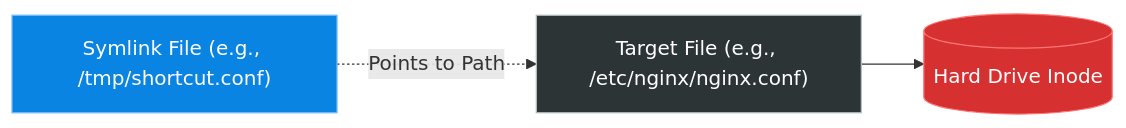
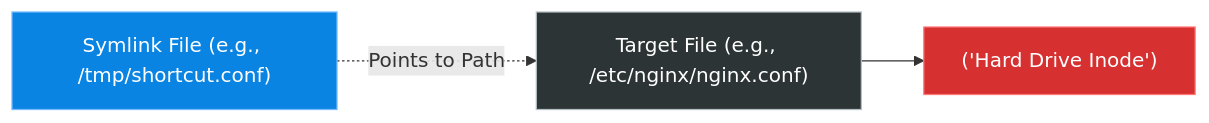
One commit to laxya911/linux-support-engineer-master-handbook changed the diagram in volumes/volume-01-linux-fundamentals/chapters/V1-C06-working-with-files-and-directories.md. Above: the diagram before and after it, drawn with Mermaid. The commit also changed 101 other files, not shown here.

Commit message:
Fix mermaid syntax across all chapters

````diff
--- a/volumes/volume-01-linux-fundamentals/chapters/V1-C06-working-with-files-and-directories.md
+++ b/volumes/volume-01-linux-fundamentals/chapters/V1-C06-working-with-files-and-directories.md
@@ -40,9 +40,9 @@
 ```mermaid
 flowchart LR
-    A["Symlink File (e.g., /tmp/shortcut.conf)"] -.->|Points to Path| B["Target File (e.g., /etc/nginx/nginx.conf)"]
-    B --> C[(Hard Drive Inode)]
+    A["Symlink File (e.g., /tmp/shortcut.conf)"] -.->|"Points to Path"| B["Target File (e.g., /etc/nginx/nginx.conf)"]
+    B --> C["('Hard Drive Inode')"]
     
     style A fill:#0984e3,stroke:#74b9ff,color:#fff
     style B fill:#2d3436,stroke:#b2bec3,color:#fff
     style C fill:#d63031,stroke:#ff7675,color:#fff
 ```
````
